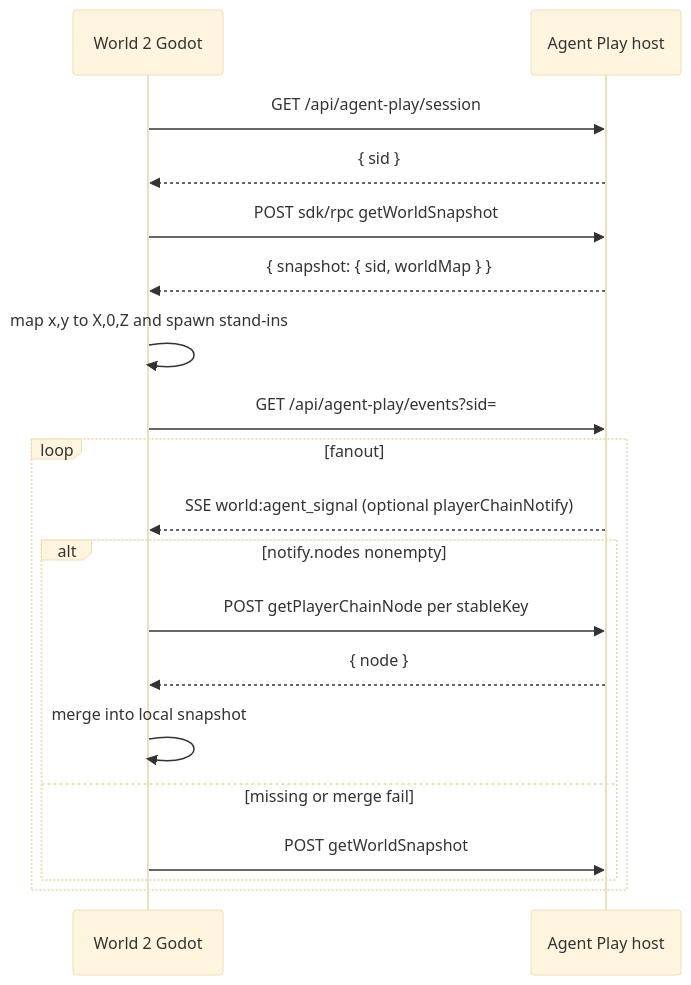
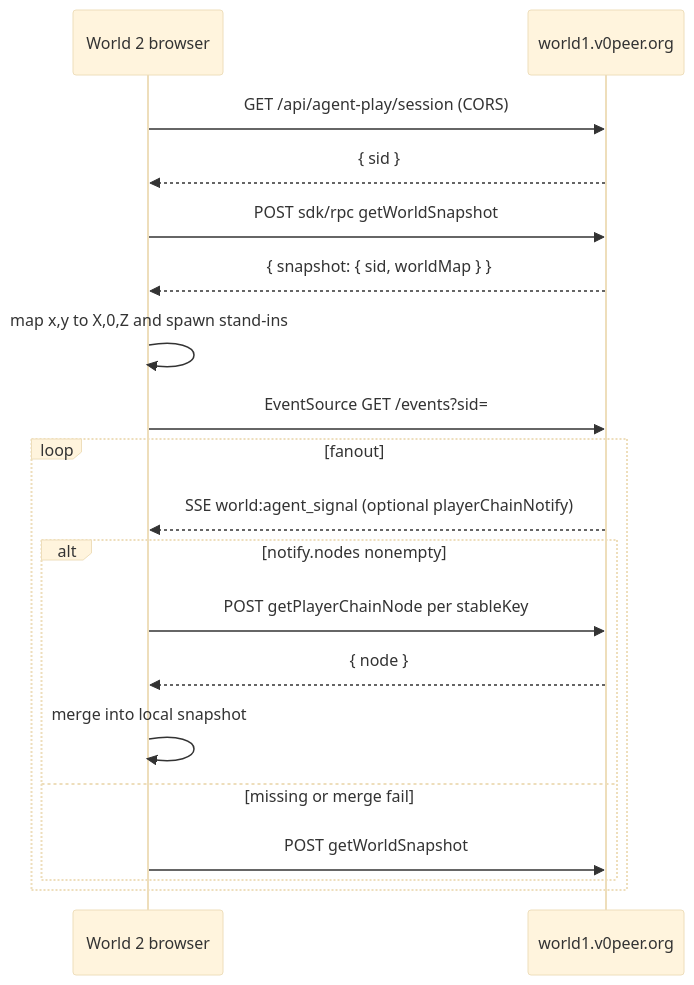
The third of 4 diagrams in docs/architecture.md (Agent-Play-Playworld/world2), drawn with Mermaid (base theme) before and after one commit. The commit also changed other lines of this file and 6 other files, not shown here.

````diff
--- a/docs/architecture.md
+++ b/docs/architecture.md
@@ -57,21 +133,21 @@
 ```mermaid
 sequenceDiagram
-  participant G as World 2 Godot
-  participant H as Agent Play host
-  G->>H: GET /api/agent-play/session
-  H-->>G: { sid }
-  G->>H: POST sdk/rpc getWorldSnapshot
-  H-->>G: { snapshot: { sid, worldMap } }
-  G->>G: map x,y to X,0,Z and spawn stand-ins
-  G->>H: GET /api/agent-play/events?sid=
+  participant B as World 2 browser
+  participant H as world1.v0peer.org
+  B->>H: GET /api/agent-play/session (CORS)
+  H-->>B: { sid }
+  B->>H: POST sdk/rpc getWorldSnapshot
+  H-->>B: { snapshot: { sid, worldMap } }
+  B->>B: map x,y to X,0,Z and spawn stand-ins
+  B->>H: EventSource GET /events?sid=
   loop fanout
-    H-->>G: SSE world:agent_signal (optional playerChainNotify)
+    H-->>B: SSE world:agent_signal (optional playerChainNotify)
     alt notify.nodes nonempty
-      G->>H: POST getPlayerChainNode per stableKey
-      H-->>G: { node }
-      G->>G: merge into local snapshot
+      B->>H: POST getPlayerChainNode per stableKey
+      H-->>B: { node }
+      B->>B: merge into local snapshot
     else missing or merge fail
-      G->>H: POST getWorldSnapshot
+      B->>H: POST getWorldSnapshot
     end
   end
 ```
````
